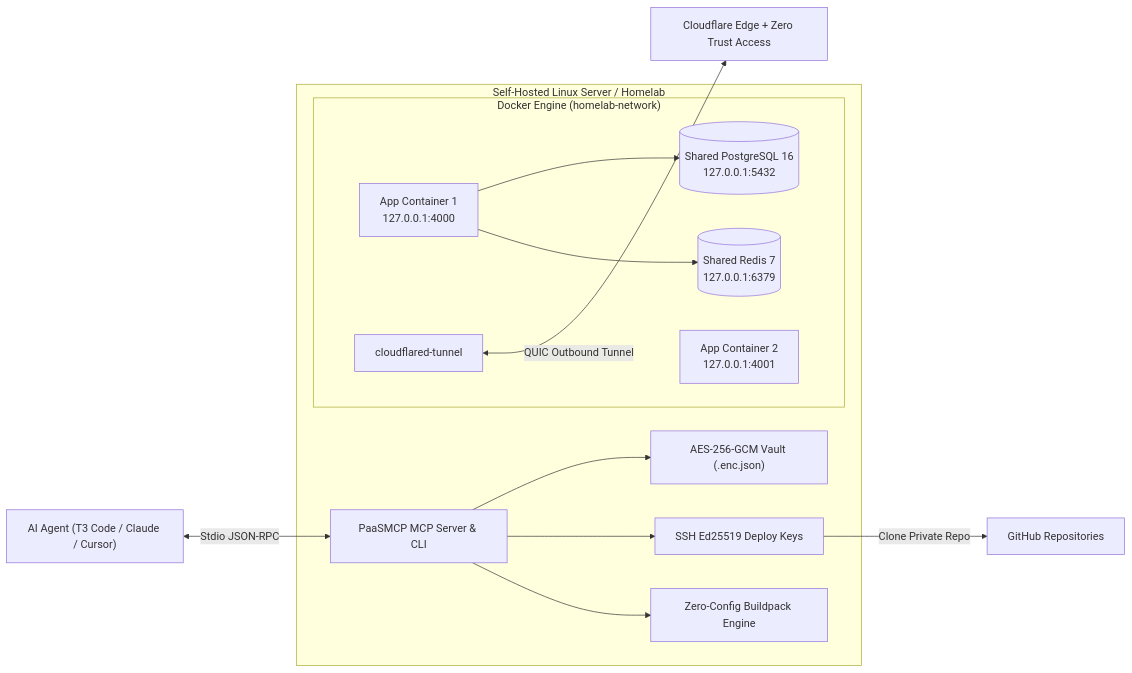
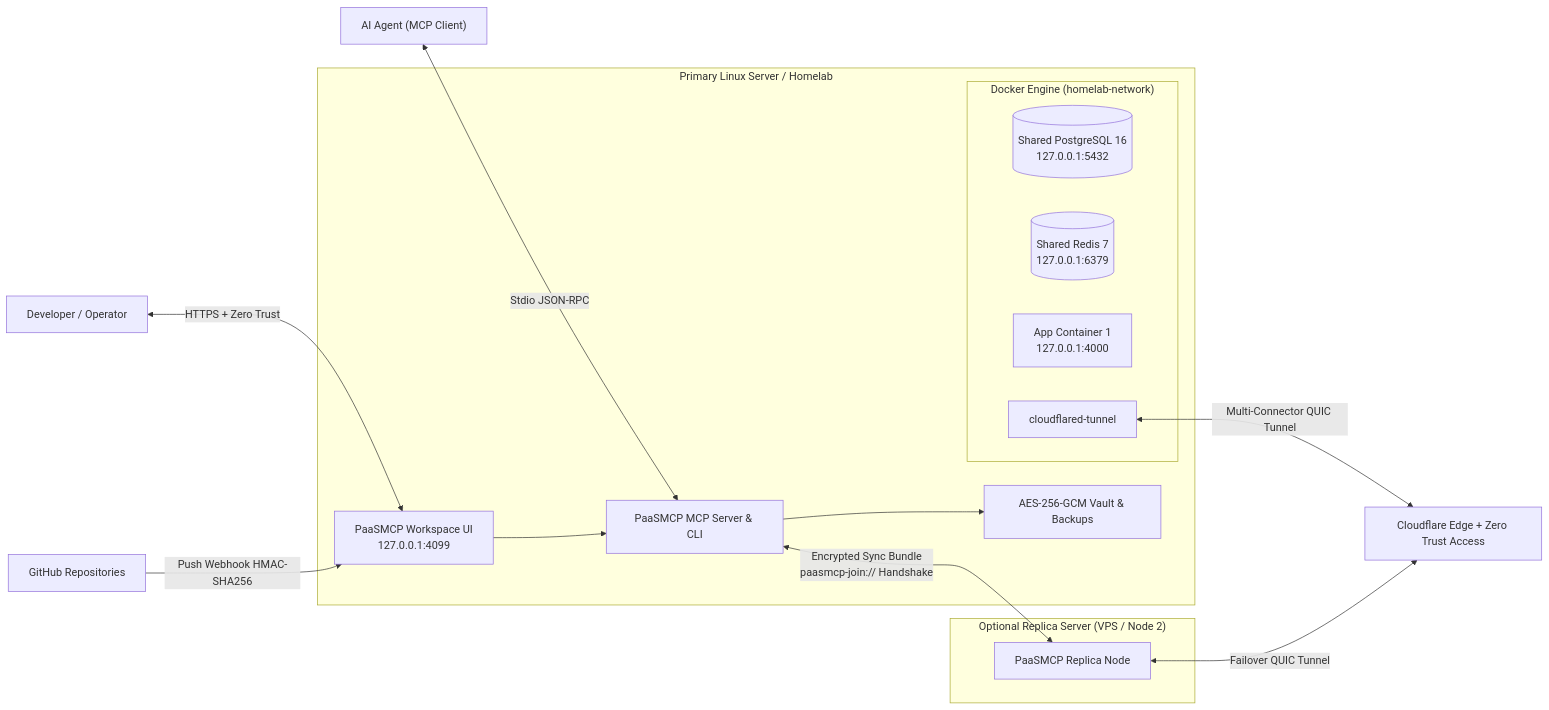
Before and after one commit to CodeVanzi/paasmcp: the diagram in README.md, drawn with Mermaid. The commit also changed other lines of this file and 15 other files, not shown here.

Commit message:
feat(v1.1): add HA node federation, encrypted DB backups, compose pass-through, webhooks, doctor & workspace UI

````diff
--- a/README.md
+++ b/README.md
@@ -31,23 +32,26 @@
 ```mermaid
 flowchart LR
-    Agent["AI Agent (T3 Code / Claude / Cursor)"] <-->|Stdio JSON-RPC| MCP["PaaSMCP MCP Server & CLI"]
+    Agent["AI Agent (MCP Client)"] <-->|Stdio JSON-RPC| MCP["PaaSMCP MCP Server & CLI"]
+    Human["Developer / Operator"] <-->|HTTPS + Zero Trust| Dash["PaaSMCP Workspace UI\n127.0.0.1:4099"]
+    GitHub["GitHub Repositories"] -->|Push Webhook HMAC-SHA256| Dash
     
-    subgraph Server ["Self-Hosted Linux Server / Homelab"]
-        MCP --> Vault["AES-256-GCM Vault (.enc.json)"]
-        MCP --> SSH["SSH Ed25519 Deploy Keys"]
-        MCP --> Builder["Zero-Config Buildpack Engine"]
+    subgraph Server1 ["Primary Linux Server / Homelab"]
+        MCP --> Vault["AES-256-GCM Vault & Backups"]
+        Dash --> MCP
         
         subgraph Docker ["Docker Engine (homelab-network)"]
             PG[("Shared PostgreSQL 16\n127.0.0.1:5432")]
             RD[("Shared Redis 7\n127.0.0.1:6379")]
             App1["App Container 1\n127.0.0.1:4000"]
-            App2["App Container 2\n127.0.0.1:4001"]
             CF["cloudflared-tunnel"]
         end
     end
 
-    SSH -->|Clone Private Repo| GitHub["GitHub Repositories"]
-    App1 --> PG
-    App1 --> RD
-    CF <-->|QUIC Outbound Tunnel| Cloudflare["Cloudflare Edge + Zero Trust Access"]
+    subgraph Server2 ["Optional Replica Server (VPS / Node 2)"]
+        Peer["PaaSMCP Replica Node"]
+    end
+
+    MCP <-->|Encrypted Sync Bundle\npaasmcp-join:// Handshake| Peer
+    CF <-->|Multi-Connector QUIC Tunnel| Cloudflare["Cloudflare Edge + Zero Trust Access"]
+    Peer <-->|Failover QUIC Tunnel| Cloudflare
 ```
````
